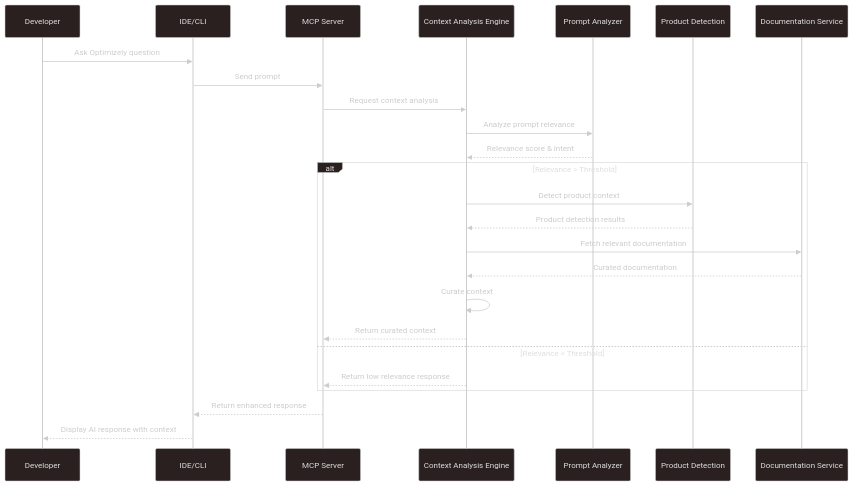
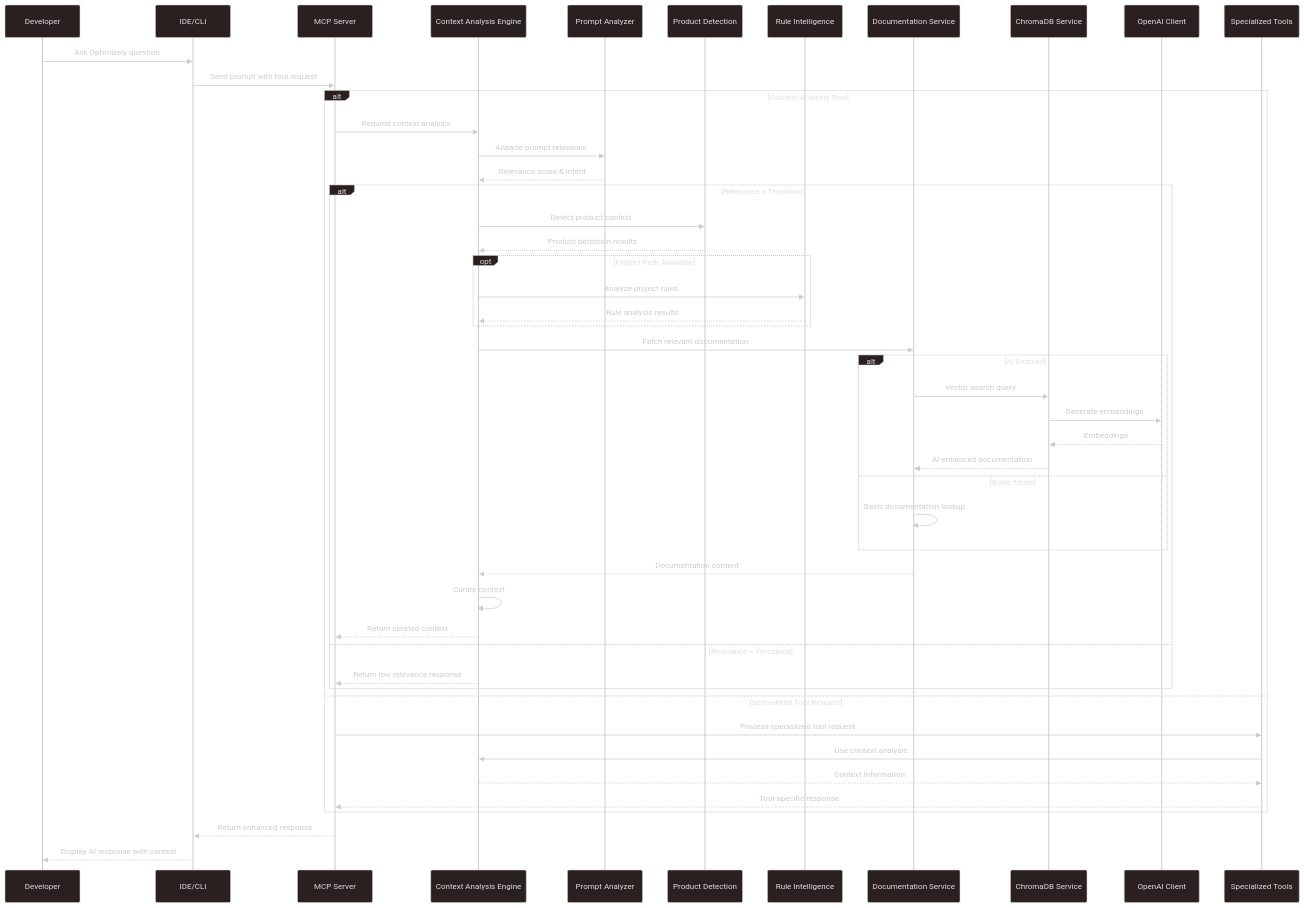
One commit to biswajitpanday/Optivise changed the third of 6 diagrams in docs/Architecture_Diagrams.md. Above: the diagram before and after it, drawn with Mermaid. The commit also changed other lines of this file and 24 other files, not shown here.

````diff
--- a/docs/Architecture_Diagrams.md
+++ b/docs/Architecture_Diagrams.md
@@ -100,37 +122,64 @@
 ```mermaid
 ---
 config:
   theme: neo-dark
 ---
 sequenceDiagram
     participant User as Developer
     participant IDE as IDE/CLI
     participant MCP as MCP Server
     participant CAE as Context Analysis Engine
     participant PA as Prompt Analyzer
     participant PDS as Product Detection
+    participant RIS as Rule Intelligence
     participant DS as Documentation Service
+    participant CDB as ChromaDB Service
+    participant OAI as OpenAI Client
+    participant Tools as Specialized Tools
     
     User->>IDE: Ask Optimizely question
-    IDE->>MCP: Send prompt
-    MCP->>CAE: Request context analysis
+    IDE->>MCP: Send prompt with tool request
     
-    CAE->>PA: Analyze prompt relevance
-    PA-->>CAE: Relevance score & intent
-    
-    alt Relevance > Threshold
-        CAE->>PDS: Detect product context
-        PDS-->>CAE: Product detection results
+    alt Context Analysis Tool
+        MCP->>CAE: Request context analysis
         
-        CAE->>DS: Fetch relevant documentation
-        DS-->>CAE: Curated documentation
+        CAE->>PA: Analyze prompt relevance
+        PA-->>CAE: Relevance score & intent
         
-        CAE->>CAE: Curate context
-        CAE-->>MCP: Return curated context
-    else Relevance < Threshold
-        CAE-->>MCP: Return low relevance response
+        alt Relevance > Threshold
+            CAE->>PDS: Detect product context
+            PDS-->>CAE: Product detection results
+            
+            opt Project Path Available
+                CAE->>RIS: Analyze project rules
+                RIS-->>CAE: Rule analysis results
+            end
+            
+            CAE->>DS: Fetch relevant documentation
+            
+            alt AI Enabled
+                DS->>CDB: Vector search query
+                CDB->>OAI: Generate embeddings
+                OAI-->>CDB: Embeddings
+                CDB-->>DS: AI-enhanced documentation
+            else Basic Mode
+                DS->>DS: Basic documentation lookup
+            end
+            
+            DS-->>CAE: Documentation content
+            
+            CAE->>CAE: Curate context
+            CAE-->>MCP: Return curated context
+        else Relevance < Threshold
+            CAE-->>MCP: Return low relevance response
+        end
+    else Specialized Tool Request
+        MCP->>Tools: Process specialized tool request
+        Tools->>CAE: Use context analysis
+        CAE-->>Tools: Context information
+        Tools-->>MCP: Tool-specific response
     end
     
     MCP-->>IDE: Return enhanced response
     IDE-->>User: Display AI response with context
 ```
````
